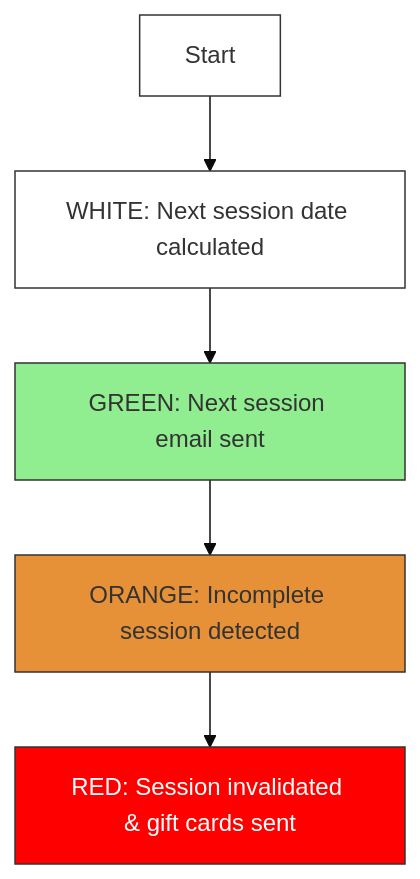
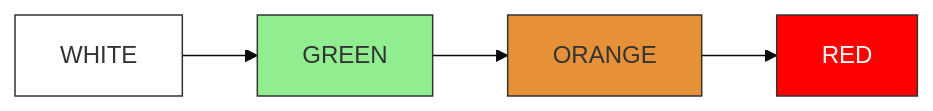
The fifth of 7 diagrams in README.md (ibrahimberb/gable-preview), drawn with Mermaid (base theme) before and after one commit. The commit also changed other lines of this file, not shown here.

````diff
--- a/README.md
+++ b/README.md
@@ -217,13 +220,11 @@
 ```mermaid
-graph TD;
-    A["Start"] --> B["WHITE: Next session date calculated"];
-    B --> C["GREEN: Next session email sent"];
-    C --> D["ORANGE: Incomplete session detected"];
-    D --> E["RED: Session invalidated & gift cards sent"];
+graph LR;
+    A[WHITE] --> B[GREEN];
+    B --> C[ORANGE];
+    C --> D[RED];
     
     style A fill:#fff,stroke:#333;
-    style B fill:#fff,stroke:#333;
-    style C fill:#90EE90,stroke:#333;
-    style D fill:#E69138,stroke:#333;
-    style E fill:#FF0000,color:#fff,stroke:#333;
+    style B fill:#90EE90,stroke:#333;
+    style C fill:#E69138,stroke:#333;
+    style D fill:#FF0000,color:#fff,stroke:#333;
 ```
````
